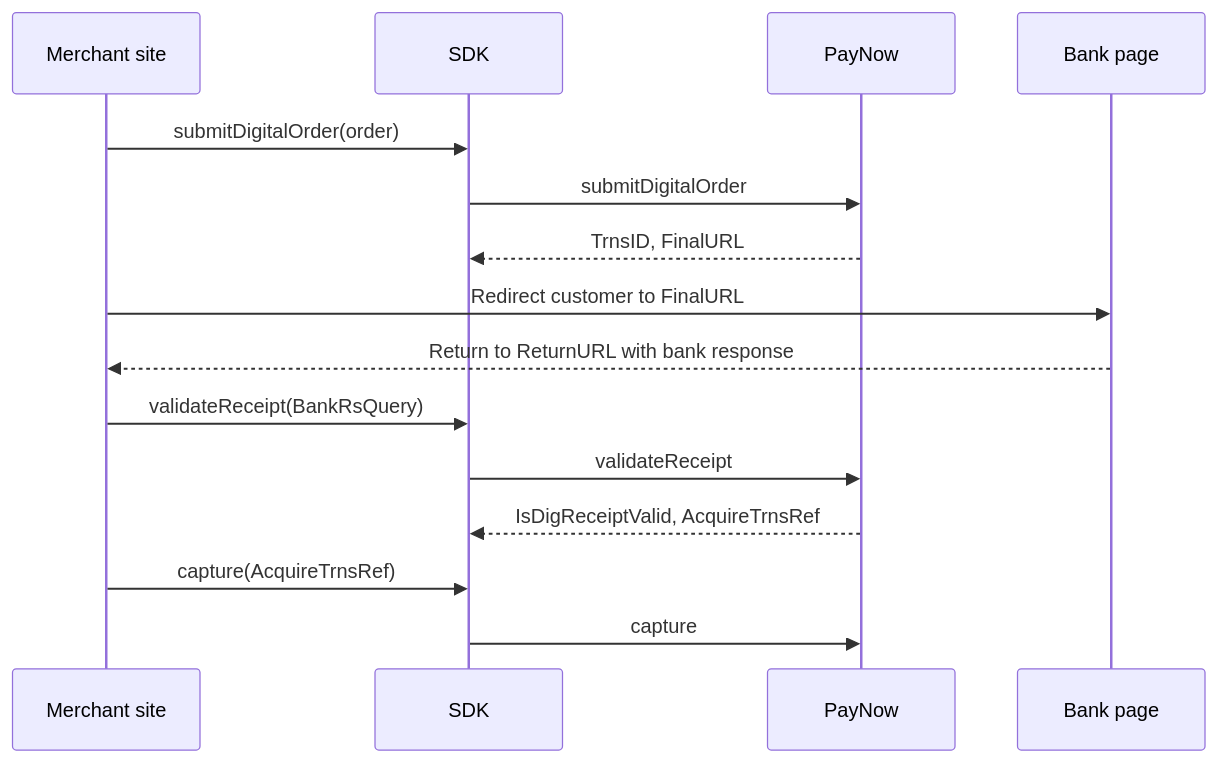
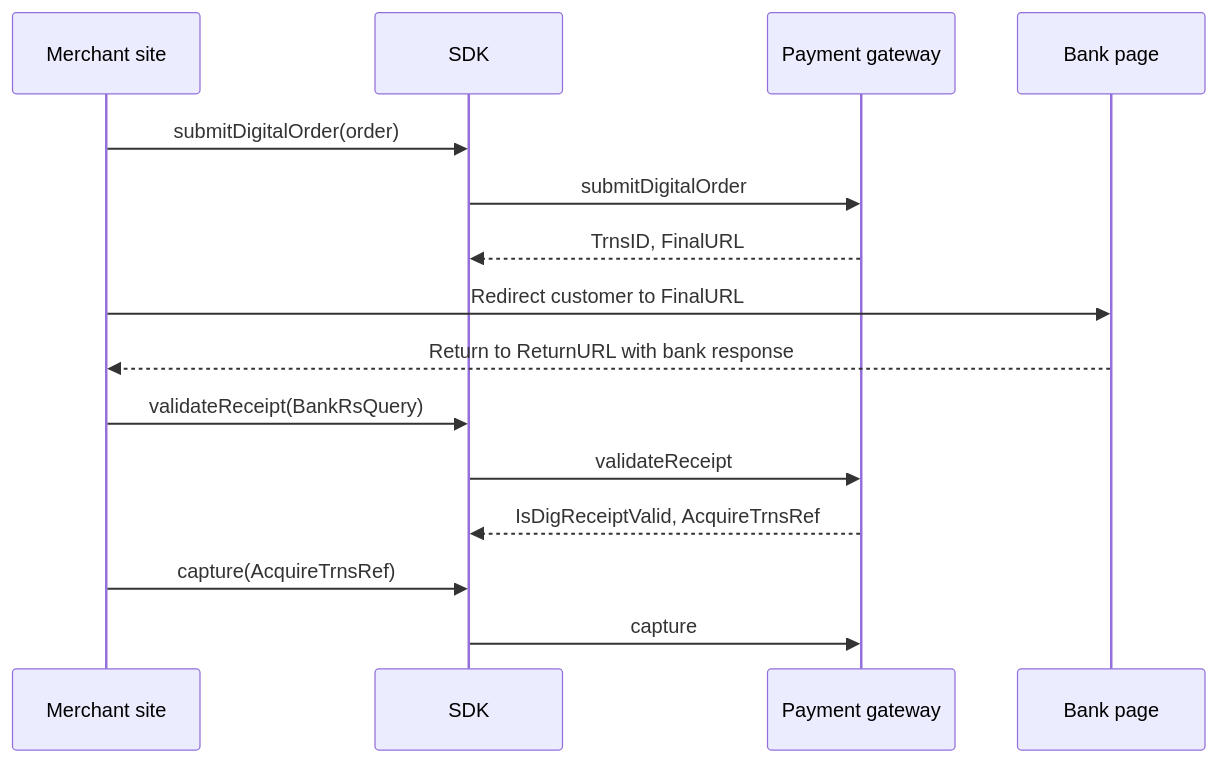
Before and after one commit to Mo7a82/SDK-MerchantWebApp: the second of 2 diagrams in README.md, drawn with Mermaid. The commit also changed other lines of this file, not shown here.

````diff
--- a/README.md
+++ b/README.md
@@ -71,17 +71,17 @@
 ```mermaid
 sequenceDiagram
     participant M as Merchant site
     participant S as SDK
-    participant P as PayNow
+    participant P as Payment gateway
     participant B as Bank page
     M->>S: submitDigitalOrder(order)
     S->>P: submitDigitalOrder
     P-->>S: TrnsID, FinalURL
     M->>B: Redirect customer to FinalURL
     B-->>M: Return to ReturnURL with bank response
     M->>S: validateReceipt(BankRsQuery)
     S->>P: validateReceipt
     P-->>S: IsDigReceiptValid, AcquireTrnsRef
     M->>S: capture(AcquireTrnsRef)
     S->>P: capture
 ```
````
